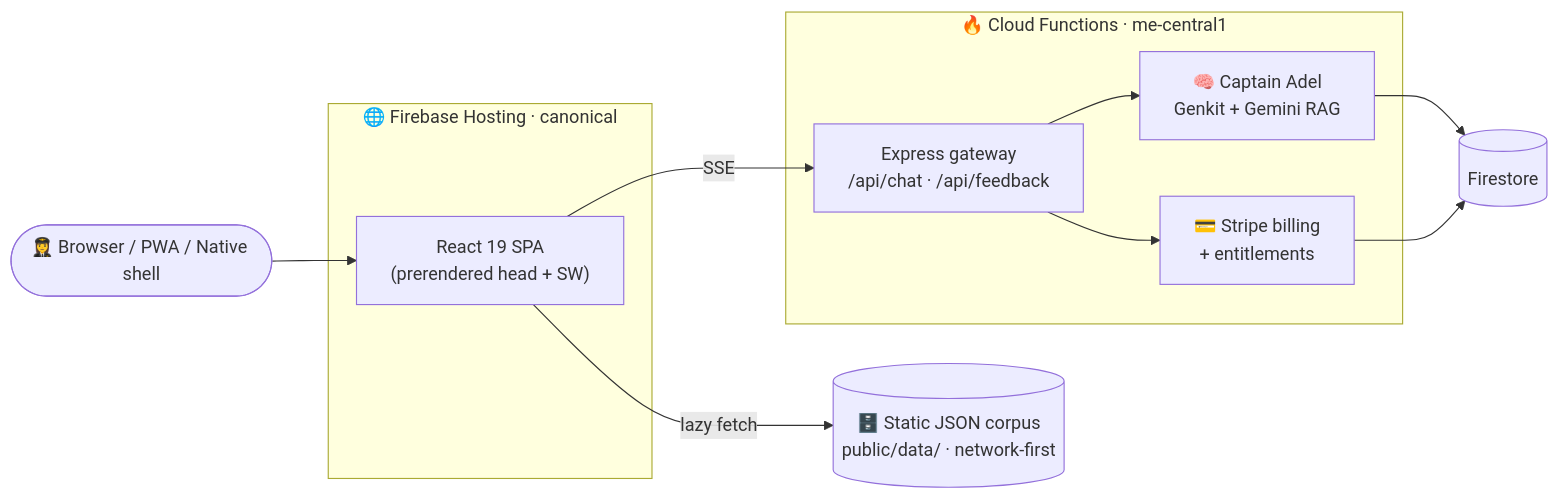
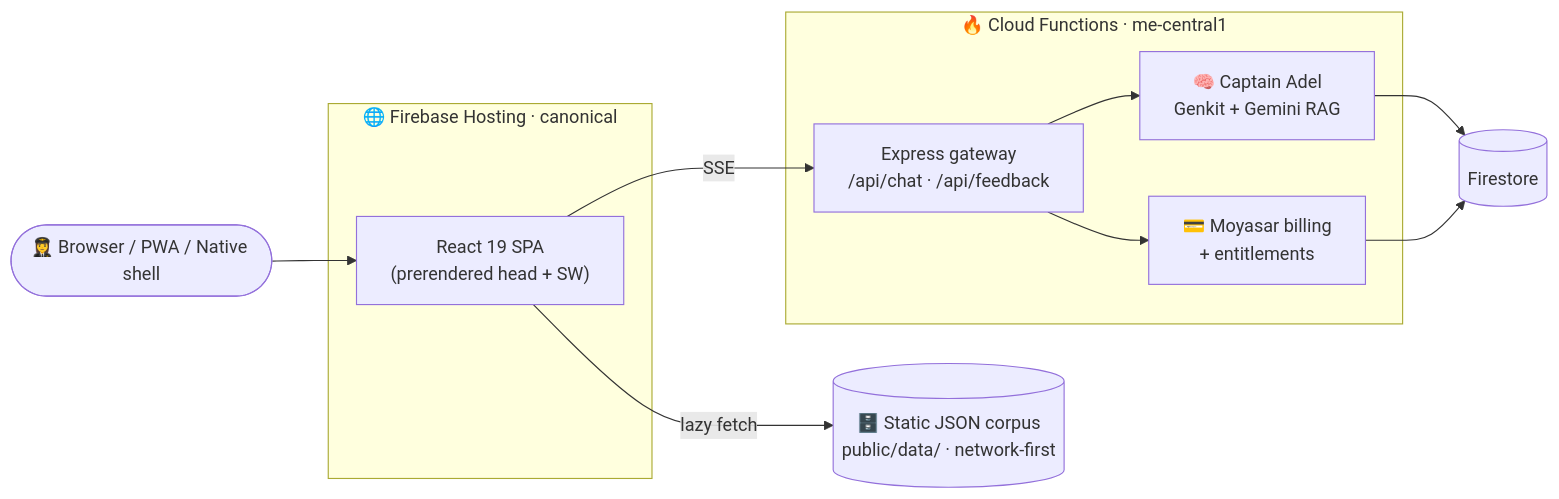
The second of 2 diagrams in README.md (FlyGACA/FlyGACA-app), drawn with Mermaid before and after one commit. The commit also changed other lines of this file, not shown here.

First line of the commit message:
docs: fix billing provider in README, add sibling-repo table

````diff
--- a/README.md
+++ b/README.md
@@ -265,25 +265,25 @@
 ```mermaid
 flowchart LR
     U([👩‍✈️ Browser / PWA / Native shell])
 
     subgraph EDGE["🌐 Firebase Hosting · canonical"]
       SPA["React 19 SPA<br/>(prerendered head + SW)"]
     end
 
     subgraph API["🔥 Cloud Functions · me-central1"]
       GW["Express gateway<br/>/api/chat · /api/feedback"]
       RAG["🧠 Captain Adel<br/>Genkit + Gemini RAG"]
-      BILL["💳 Stripe billing<br/>+ entitlements"]
+      BILL["💳 Moyasar billing<br/>+ entitlements"]
     end
 
     DATA[("🗄️ Static JSON corpus<br/>public/data/ · network-first")]
     FS[("Firestore")]
 
     U --> SPA
     SPA -->|"lazy fetch"| DATA
     SPA -->|"SSE"| GW
     GW --> RAG
     GW --> BILL
     RAG --> FS
     BILL --> FS
 ```
````
